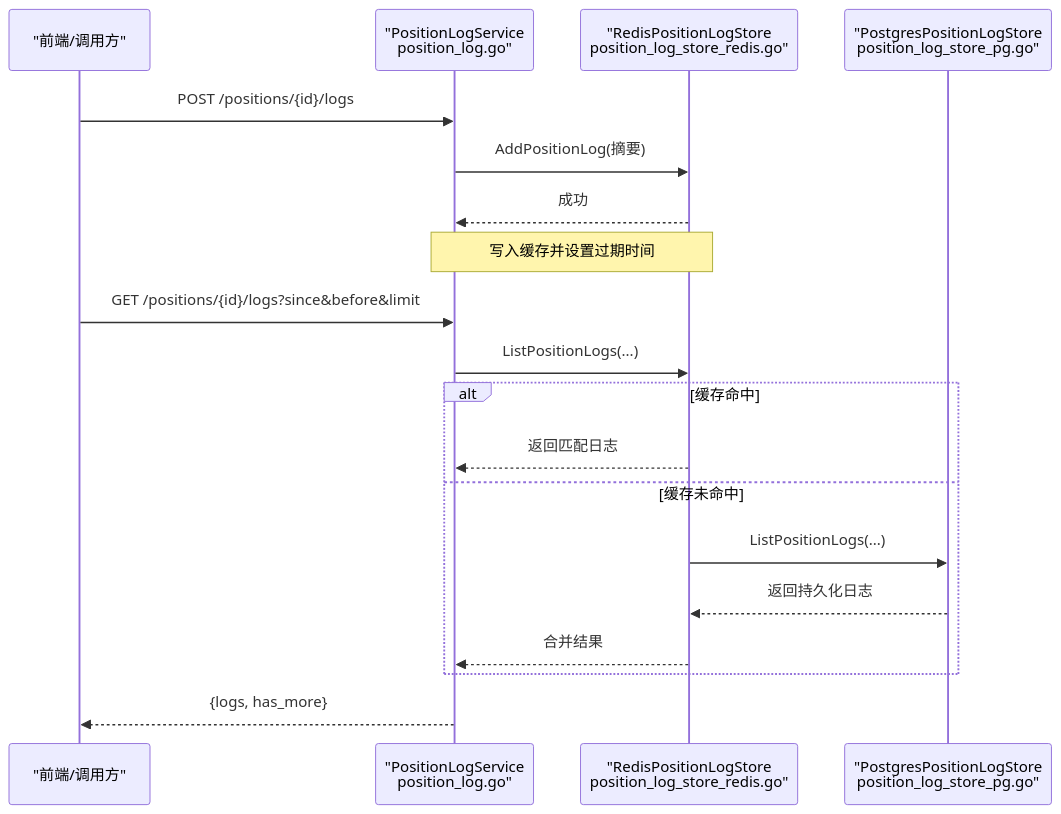
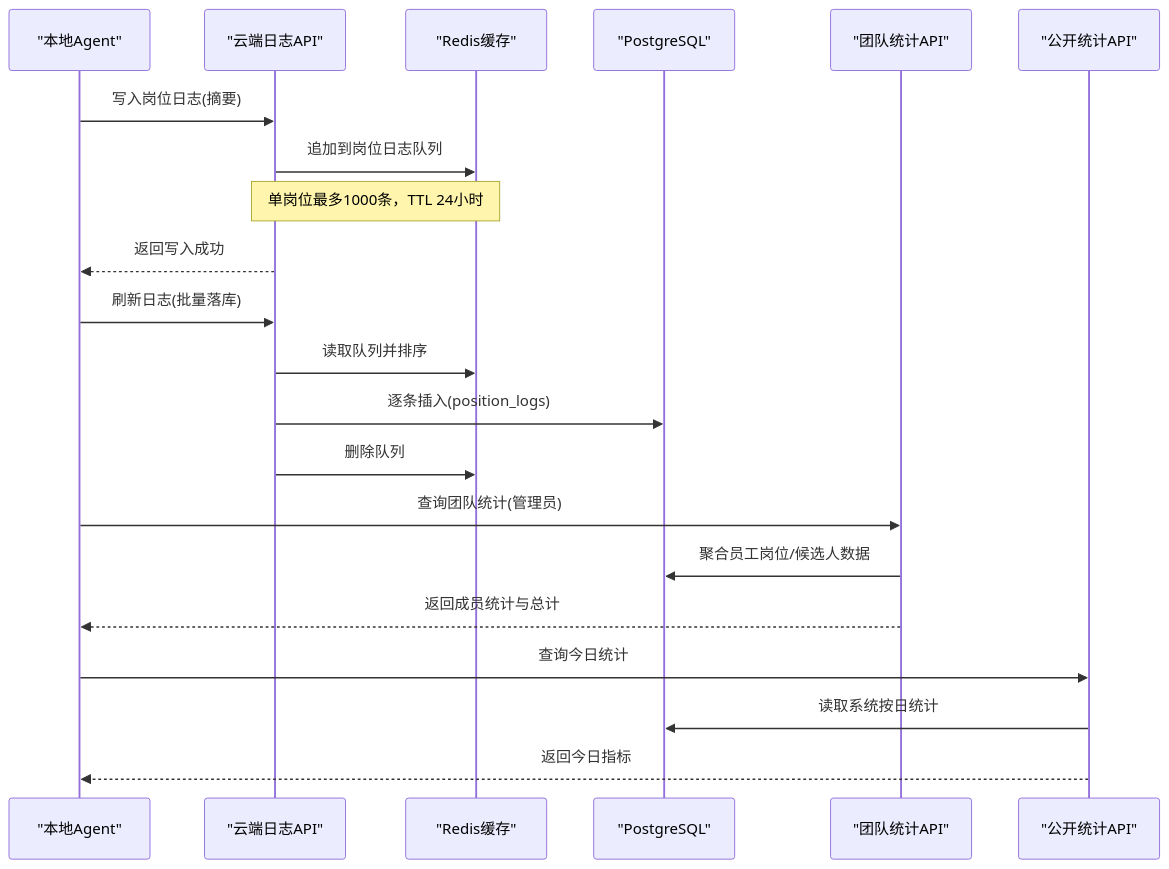
The second of 10 diagrams in .qoder/repowiki/zh/content/云端后端服务/岗位运行管理/岗位监控统计.md (alvinwangzi/goodhr), drawn with Mermaid before and after one commit. The commit also changed other lines of this file and 149 other files, not shown here.

````diff
--- a/.qoder/repowiki/zh/content/云端后端服务/岗位运行管理/岗位监控统计.md
+++ b/.qoder/repowiki/zh/content/云端后端服务/岗位运行管理/岗位监控统计.md
@@ -106,21 +104,23 @@
 ```mermaid
 sequenceDiagram
-participant FE as "前端/调用方"
-participant API as "PositionLogService<br/>position_log.go"
-participant REDIS as "RedisPositionLogStore<br/>position_log_store_redis.go"
-participant PG as "PostgresPositionLogStore<br/>position_log_store_pg.go"
-FE->>API : POST /positions/{id}/logs
-API->>REDIS : AddPositionLog(摘要)
-REDIS-->>API : 成功
-Note over API,REDIS : 写入缓存并设置过期时间
-FE->>API : GET /positions/{id}/logs?since&before&limit
-API->>REDIS : ListPositionLogs(...)
-alt 缓存命中
-REDIS-->>API : 返回匹配日志
-else 缓存未命中
-REDIS->>PG : ListPositionLogs(...)
-PG-->>REDIS : 返回持久化日志
-REDIS-->>API : 合并结果
-end
-API-->>FE : {logs, has_more}
+participant Agent as "本地Agent"
+participant API as "云端日志API"
+participant R as "Redis缓存"
+participant PG as "PostgreSQL"
+participant Team as "团队统计API"
+participant Pub as "公开统计API"
+Agent->>API : 写入岗位日志(摘要)
+API->>R : 追加到岗位日志队列
+Note over API,R : 单岗位最多1000条，TTL 24小时
+API-->>Agent : 返回写入成功
+Agent->>API : 刷新日志(批量落库)
+API->>R : 读取队列并排序
+API->>PG : 逐条插入(position_logs)
+API->>R : 删除队列
+Agent->>Team : 查询团队统计(管理员)
+Team->>PG : 聚合员工岗位/候选人数据
+Team-->>Agent : 返回成员统计与总计
+Agent->>Pub : 查询今日统计
+Pub->>PG : 读取系统按日统计
+Pub-->>Agent : 返回今日指标
 ```
````
